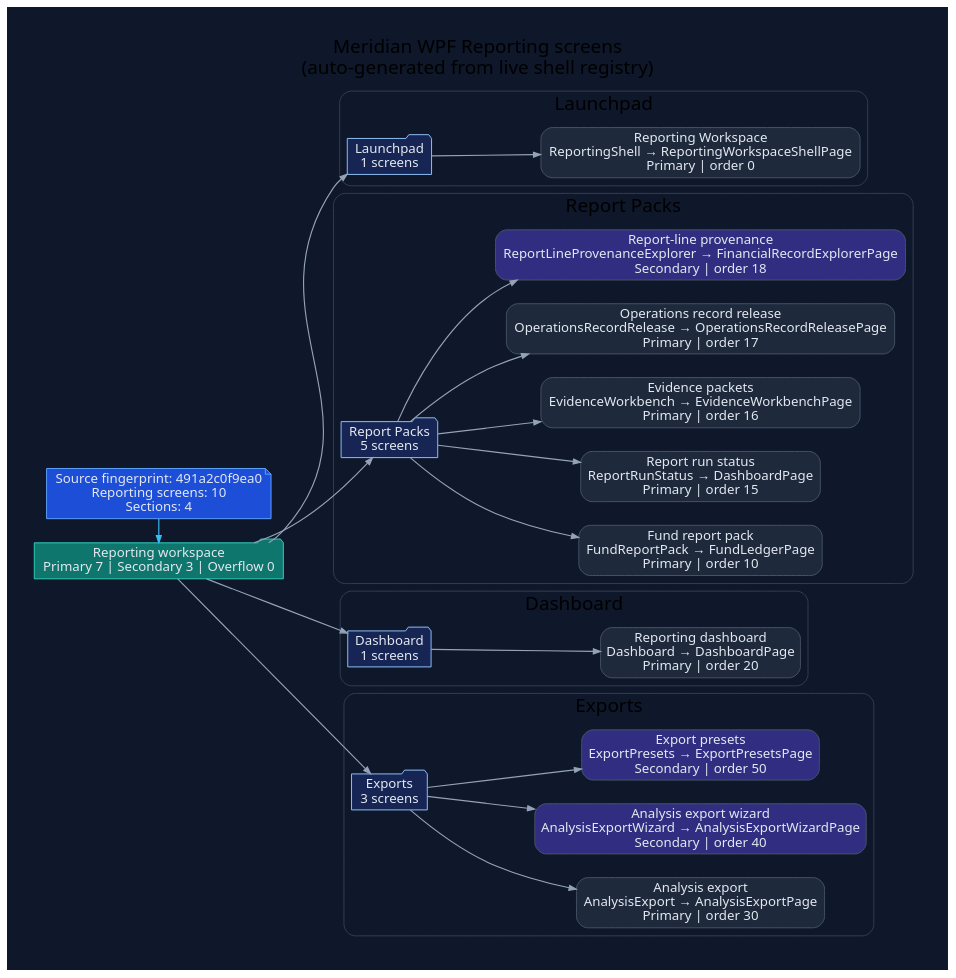
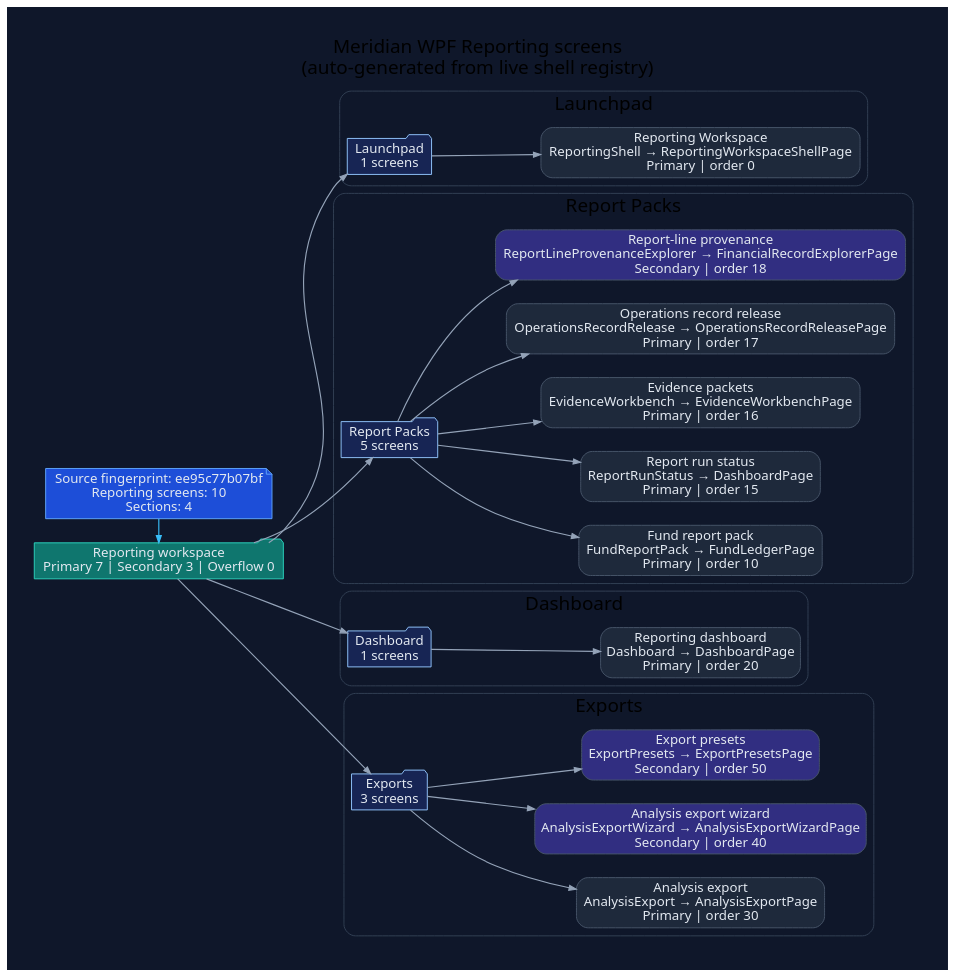
The diagram in docs/diagrams/ui-wpf-screens-reporting.dot (rodoHasArrived/Meridian-main), drawn with Graphviz before and after one commit. The commit also changed 21 other files, not shown here.

Commit message:
Refresh WPF diagrams for OAuth startup changes

```diff
--- a/docs/diagrams/ui-wpf-screens-reporting.dot
+++ b/docs/diagrams/ui-wpf-screens-reporting.dot
@@ -1,78 +1,78 @@
 // -----------------------------------------------------------------------------
 // <auto-generated>
 // Generated by scripts/generate-diagrams.mjs.
 // Do not edit this file directly; update the WPF source files instead.
 // -----------------------------------------------------------------------------
 digraph WpfReportingScreens {
   graph [
     rankdir=LR,
     labelloc=t,
     label="Meridian WPF Reporting screens\n(auto-generated from live shell registry)",
     fontname="Segoe UI",
     fontsize=20,
     pad=0.4,
     nodesep=0.35,
     ranksep=0.85,
     bgcolor="#0f172a"
   ];
   node [fontname="Segoe UI", shape=box, style="rounded,filled", color="#475569", fontcolor="#e2e8f0", fillcolor="#1e293b"];
   edge [fontname="Segoe UI", color="#94a3b8", penwidth=1.2, arrowsize=0.75];
 
-  generated [shape=note, fillcolor="#1d4ed8", color="#60a5fa", label="Source fingerprint: 491a2c0f9ea0\nReporting screens: 10\nSections: 4"];
+  generated [shape=note, fillcolor="#1d4ed8", color="#60a5fa", label="Source fingerprint: ee95c77b07bf\nReporting screens: 10\nSections: 4"];
   workspace [shape=folder, fillcolor="#0f766e", color="#2dd4bf", label="Reporting workspace\nPrimary 7 | Secondary 3 | Overflow 0"];
   generated -> workspace [color="#38bdf8"];
 
   subgraph cluster_section_1 {
     label="Launchpad";
     color="#334155";
     style="rounded";
     section_1 [shape=folder, fillcolor="#172554", color="#93c5fd", label="Launchpad\n1 screens"];
     workspace -> section_1;
     screen_ReportingShell [fillcolor="#1e293b", label="Reporting Workspace\nReportingShell → ReportingWorkspaceShellPage\nPrimary | order 0"];
     section_1 -> screen_ReportingShell;
   }
 
   subgraph cluster_section_2 {
     label="Report Packs";
     color="#334155";
     style="rounded";
     section_2 [shape=folder, fillcolor="#172554", color="#93c5fd", label="Report Packs\n5 screens"];
     workspace -> section_2;
     screen_FundReportPack [fillcolor="#1e293b", label="Fund report pack\nFundReportPack → FundLedgerPage\nPrimary | order 10"];
     section_2 -> screen_FundReportPack;
     screen_ReportRunStatus [fillcolor="#1e293b", label="Report run status\nReportRunStatus → DashboardPage\nPrimary | order 15"];
     section_2 -> screen_ReportRunStatus;
     screen_EvidenceWorkbench [fillcolor="#1e293b", label="Evidence packets\nEvidenceWorkbench → EvidenceWorkbenchPage\nPrimary | order 16"];
     section_2 -> screen_EvidenceWorkbench;
     screen_OperationsRecordRelease [fillcolor="#1e293b", label="Operations record release\nOperationsRecordRelease → OperationsRecordReleasePage\nPrimary | order 17"];
     section_2 -> screen_OperationsRecordRelease;
     screen_ReportLineProvenanceExplorer [fillcolor="#312e81", label="Report-line provenance\nReportLineProvenanceExplorer → FinancialRecordExplorerPage\nSecondary | order 18"];
     section_2 -> screen_ReportLineProvenanceExplorer;
   }
 
   subgraph cluster_section_3 {
     label="Dashboard";
     color="#334155";
     style="rounded";
     section_3 [shape=folder, fillcolor="#172554", color="#93c5fd", label="Dashboard\n1 screens"];
     workspace -> section_3;
     screen_Dashboard [fillcolor="#1e293b", label="Reporting dashboard\nDashboard → DashboardPage\nPrimary | order 20"];
     section_3 -> screen_Dashboard;
   }
 
   subgraph cluster_section_4 {
     label="Exports";
     color="#334155";
     style="rounded";
     section_4 [shape=folder, fillcolor="#172554", color="#93c5fd", label="Exports\n3 screens"];
     workspace -> section_4;
     screen_AnalysisExport [fillcolor="#1e293b", label="Analysis export\nAnalysisExport → AnalysisExportPage\nPrimary | order 30"];
     section_4 -> screen_AnalysisExport;
     screen_AnalysisExportWizard [fillcolor="#312e81", label="Analysis export wizard\nAnalysisExportWizard → AnalysisExportWizardPage\nSecondary | order 40"];
     section_4 -> screen_AnalysisExportWizard;
     screen_ExportPresets [fillcolor="#312e81", label="Export presets\nExportPresets → ExportPresetsPage\nSecondary | order 50"];
     section_4 -> screen_ExportPresets;
   }
 
   { rank=min; generated; workspace; }
 }
```
